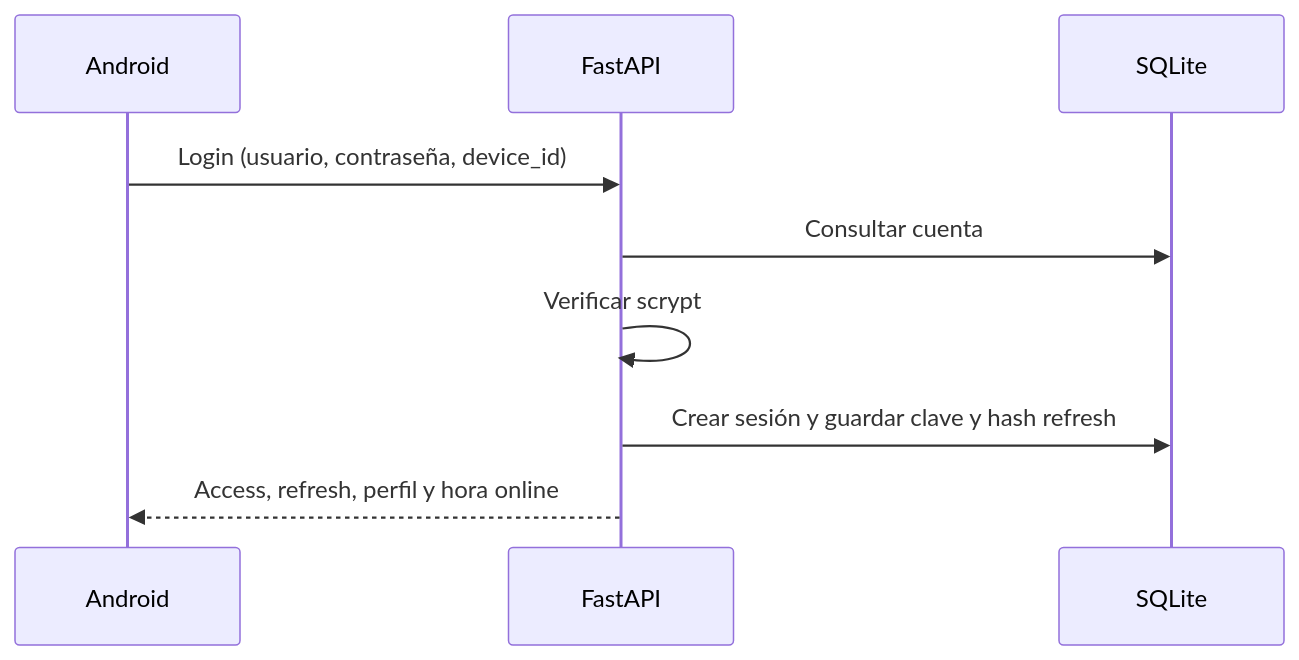
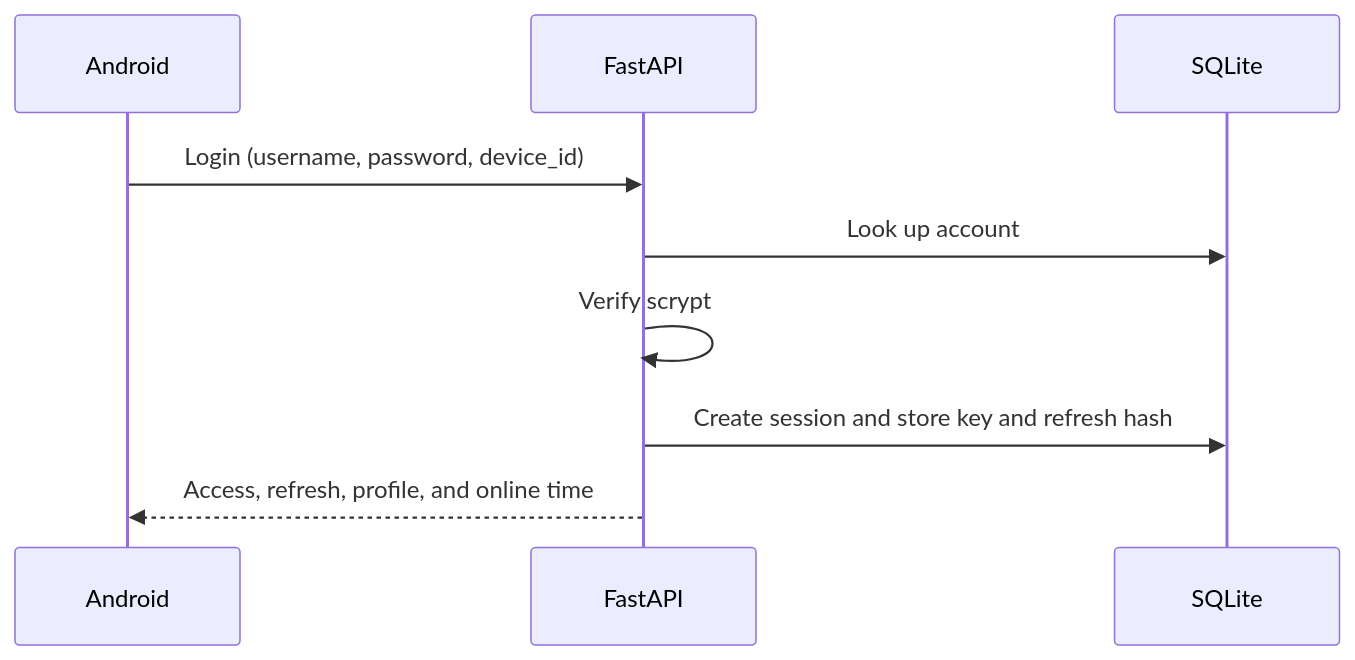
One commit to eir-nasa/Backend changed the first of 3 diagrams in docs/technical/05-security.md. Above: the diagram before and after it, drawn with Mermaid. The commit also changed other lines of this file and 10 other files, not shown here.

````diff
--- a/docs/technical/05-security.md
+++ b/docs/technical/05-security.md
@@ -7,11 +7,11 @@
 ```mermaid
 sequenceDiagram
   participant A as Android
   participant API as FastAPI
   participant DB as SQLite
-  A->>API: Login (usuario, contraseña, device_id)
-  API->>DB: Consultar cuenta
-  API->>API: Verificar scrypt
-  API->>DB: Crear sesión y guardar clave y hash refresh
-  API-->>A: Access, refresh, perfil y hora online
+  A->>API: Login (username, password, device_id)
+  API->>DB: Look up account
+  API->>API: Verify scrypt
+  API->>DB: Create session and store key and refresh hash
+  API-->>A: Access, refresh, profile, and online time
 ```
````
